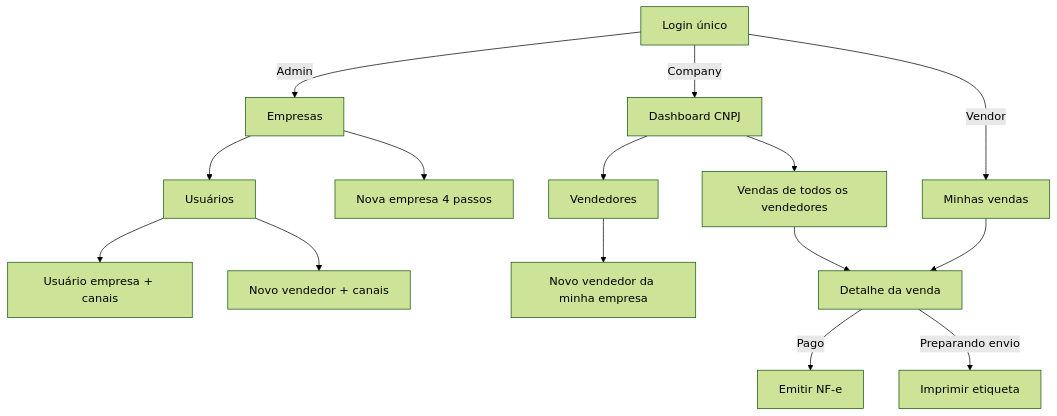
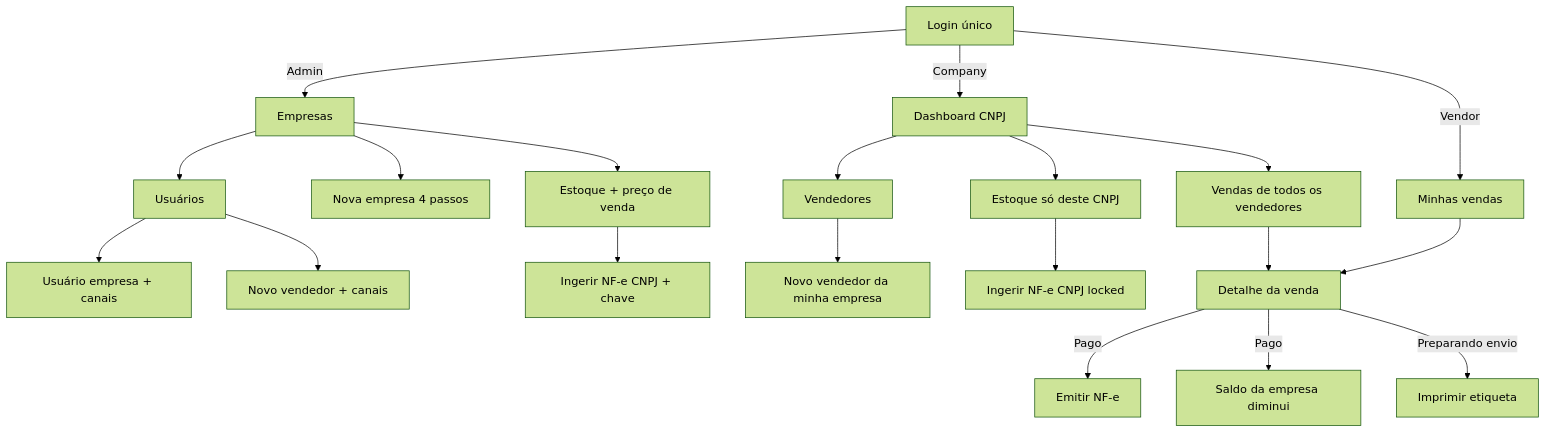
The first of 2 diagrams in MD/WIREFRAMES.md (andrevilmo/VilmoMarketingEngine), drawn with Mermaid (forest theme) before and after one commit. The commit also changed other lines of this file and 13 other files, not shown here.

First line of the commit message:
docs: plan company stock, sale price, and NF-e ingest

````diff
--- a/MD/WIREFRAMES.md
+++ b/MD/WIREFRAMES.md
@@ -22,21 +24,26 @@
 ```mermaid
 flowchart TD
   login[Login único]
   login -->|Admin| empresas[Empresas]
   login -->|Company| dashEmp[Dashboard CNPJ]
   login -->|Vendor| minhasVendas[Minhas vendas]
 
   empresas --> wizard[Nova empresa 4 passos]
   empresas --> users[Usuários]
   users --> userEmp[Usuário empresa + canais]
   users --> vendorA[Novo vendedor + canais]
+  empresas --> estoqueA[Estoque + preço de venda]
+  estoqueA --> ingestA[Ingerir NF-e CNPJ + chave]
 
   dashEmp --> vendedores[Vendedores]
   vendedores --> vendorC[Novo vendedor da minha empresa]
+  dashEmp --> estoqueC[Estoque só deste CNPJ]
+  estoqueC --> ingestC[Ingerir NF-e CNPJ locked]
   dashEmp --> vendasEmp[Vendas de todos os vendedores]
   vendasEmp --> detalhe[Detalhe da venda]
 
   minhasVendas --> detalhe
   detalhe -->|Pago| nfe[Emitir NF-e]
+  detalhe -->|Pago| stockDown[Saldo da empresa diminui]
   detalhe -->|Preparando envio| etiqueta[Imprimir etiqueta]
 ```
````
